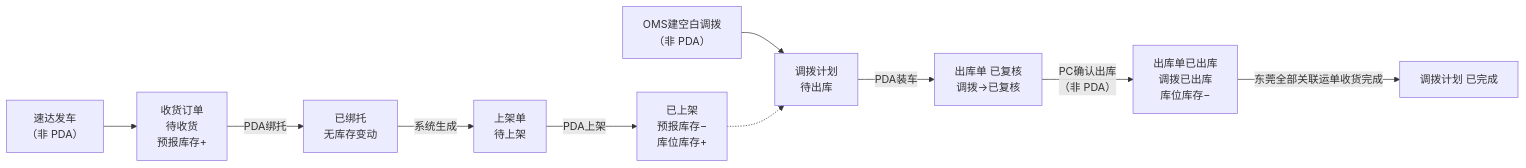
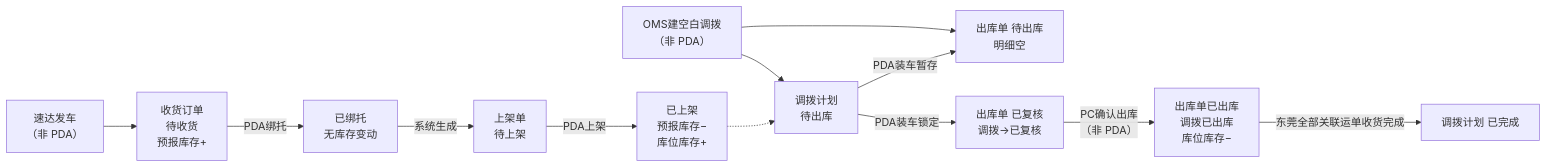
The first of 4 diagrams in prd-docs/01-加盟商揽收仓需求/03-02-加盟商揽收仓PDA主PRD.md (Tiana-1720/wms-inbound-demo), drawn with Mermaid before and after one commit. The commit also changed other lines of this file and 50 other files, not shown here.

First line of the commit message:
Add outbound list and link-waybill flow with prototype annotations.

````diff
--- a/prd-docs/01-加盟商揽收仓需求/03-02-加盟商揽收仓PDA主PRD.md
+++ b/prd-docs/01-加盟商揽收仓需求/03-02-加盟商揽收仓PDA主PRD.md
@@ -90,12 +90,14 @@
 ```mermaid
 flowchart LR
     A["速达发车<br/>（非 PDA）"] --> B["收货订单<br/>待收货<br/>预报库存+"]
     B -->|"PDA绑托"| C["已绑托<br/>无库存变动"]
     C -->|"系统生成"| C1["上架单<br/>待上架"]
     C1 -->|"PDA上架"| D["已上架<br/>预报库存−<br/>库位库存+"]
     E["OMS建空白调拨<br/>（非 PDA）"] --> F["调拨计划<br/>待出库"]
+    E --> G0["出库单 待出库<br/>明细空"]
     D -.-> F
-    F -->|"PDA装车"| G["出库单 已复核<br/>调拨→已复核"]
+    F -->|"PDA装车暂存"| G0
+    F -->|"PDA装车锁定"| G["出库单 已复核<br/>调拨→已复核"]
     G -->|"PC确认出库<br/>（非 PDA）"| H["出库单已出库<br/>调拨已出库<br/>库位库存−"]
     H -->|"东莞全部关联运单收货完成"| J["调拨计划 已完成"]
 ```
````
